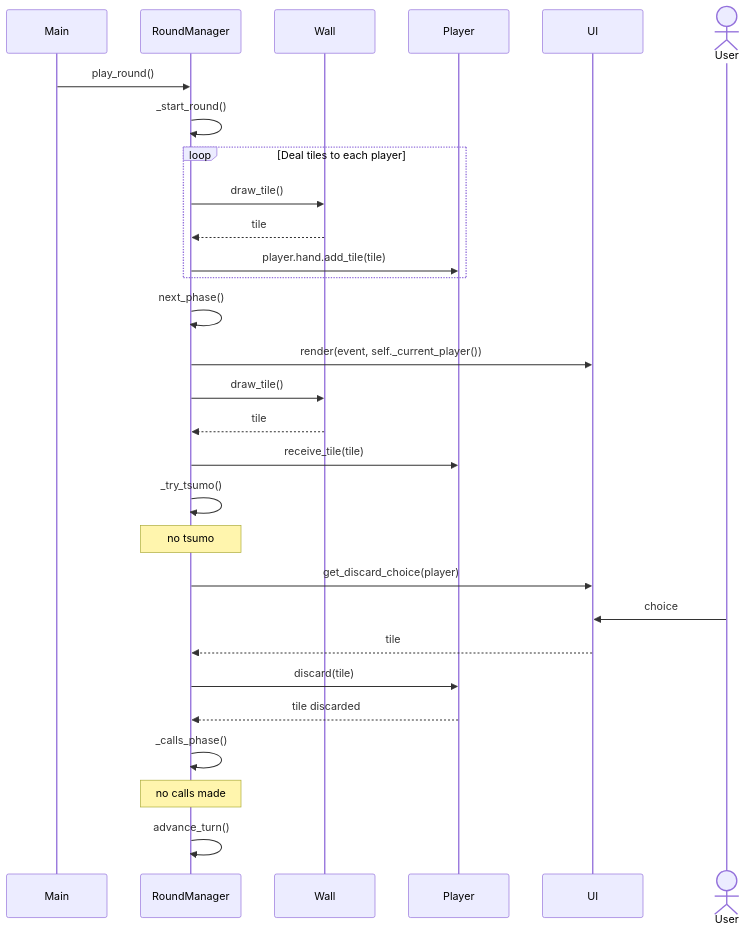
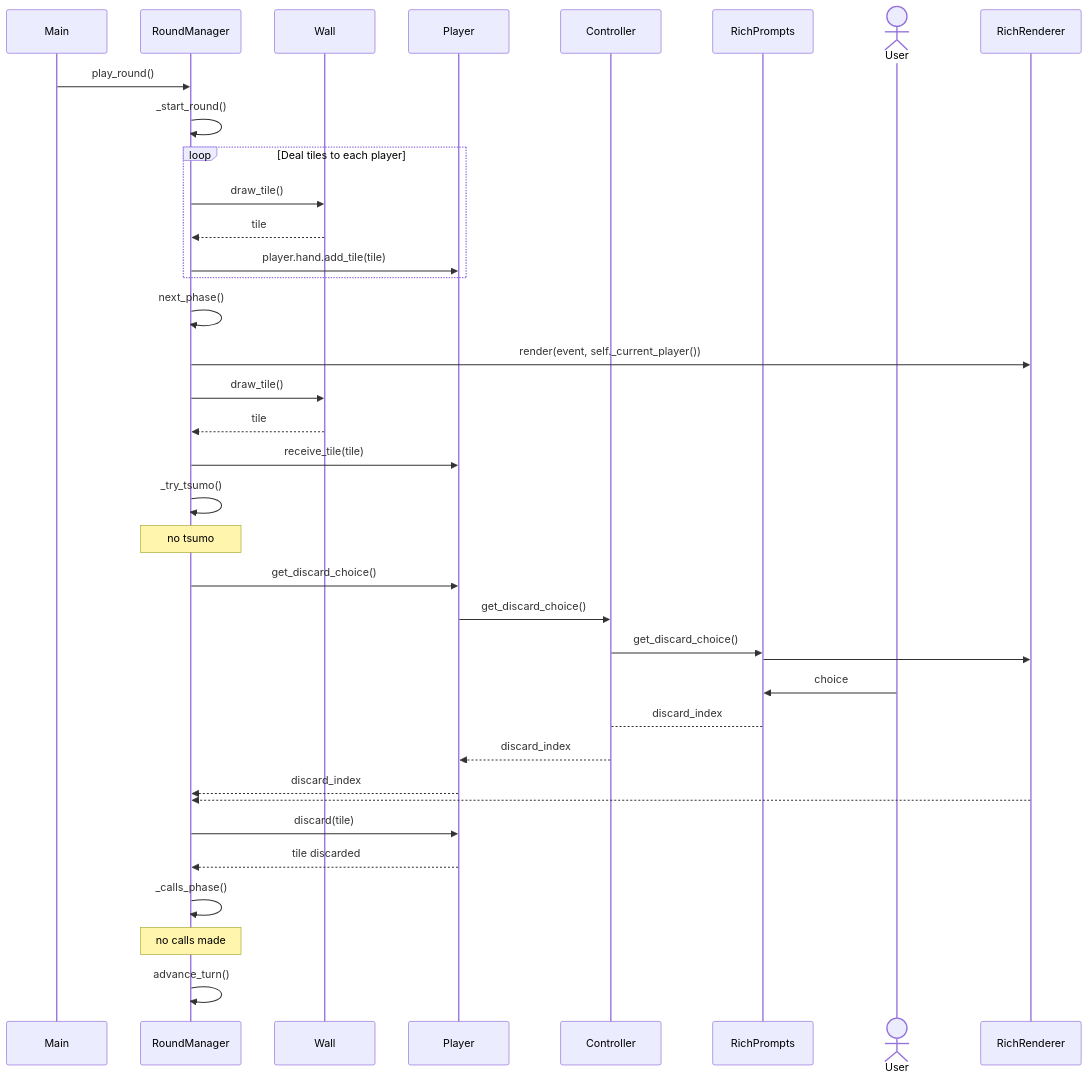
One commit to aarnioem/ohte2026 changed the second of 2 diagrams in dokumentaatio/arkkitehtuuri.md. Above: the diagram before and after it, drawn with Mermaid. The commit also changed other lines of this file, not shown here.

Commit message:
update architecture description

````diff
--- a/dokumentaatio/arkkitehtuuri.md
+++ b/dokumentaatio/arkkitehtuuri.md
@@ -95,40 +132,49 @@
 ```mermaid
 sequenceDiagram
     participant Main
     participant RoundManager
     participant Wall
     participant Player
-    participant UI
+    participant Controller
+    participant RichPrompts
     actor User
+    participant RichRenderer
 
     Main->>RoundManager: play_round()
     RoundManager->>RoundManager: _start_round()
 
     loop Deal tiles to each player
         RoundManager->>Wall: draw_tile()
         Wall-->>RoundManager: tile
         RoundManager->>Player: player.hand.add_tile(tile)
     end
 
 
     RoundManager->>RoundManager: next_phase()
-    RoundManager->>UI: render(event, self._current_player())
+    RoundManager->>RichRenderer: render(event, self._current_player())
 
     RoundManager->>Wall: draw_tile()
     Wall-->>RoundManager: tile
     RoundManager->>Player: receive_tile(tile)
     RoundManager->>RoundManager: _try_tsumo()
     Note over RoundManager: no tsumo
 
 
-    RoundManager->>UI: get_discard_choice(player)
-    User->>UI: choice
-    UI-->>RoundManager: tile
+    RoundManager->>Player: get_discard_choice()
+    Player->>Controller: get_discard_choice()
+    Controller->>RichPrompts: get_discard_choice()
+    RichPrompts->>RichRenderer:
+    User->>RichPrompts: choice
+    RichPrompts-->Controller: discard_index
+    Controller-->>Player: discard_index
+    Player-->>RoundManager: discard_index
+
+    RichRenderer-->>RoundManager: 
     RoundManager->>Player: discard(tile)
     Player-->>RoundManager: tile discarded
 
     RoundManager->>RoundManager: _calls_phase()
     Note over RoundManager: no calls made
     RoundManager->>RoundManager: advance_turn()
 
 ```
````
